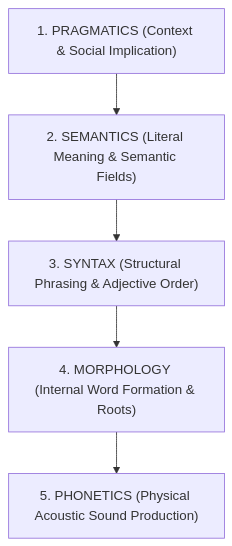
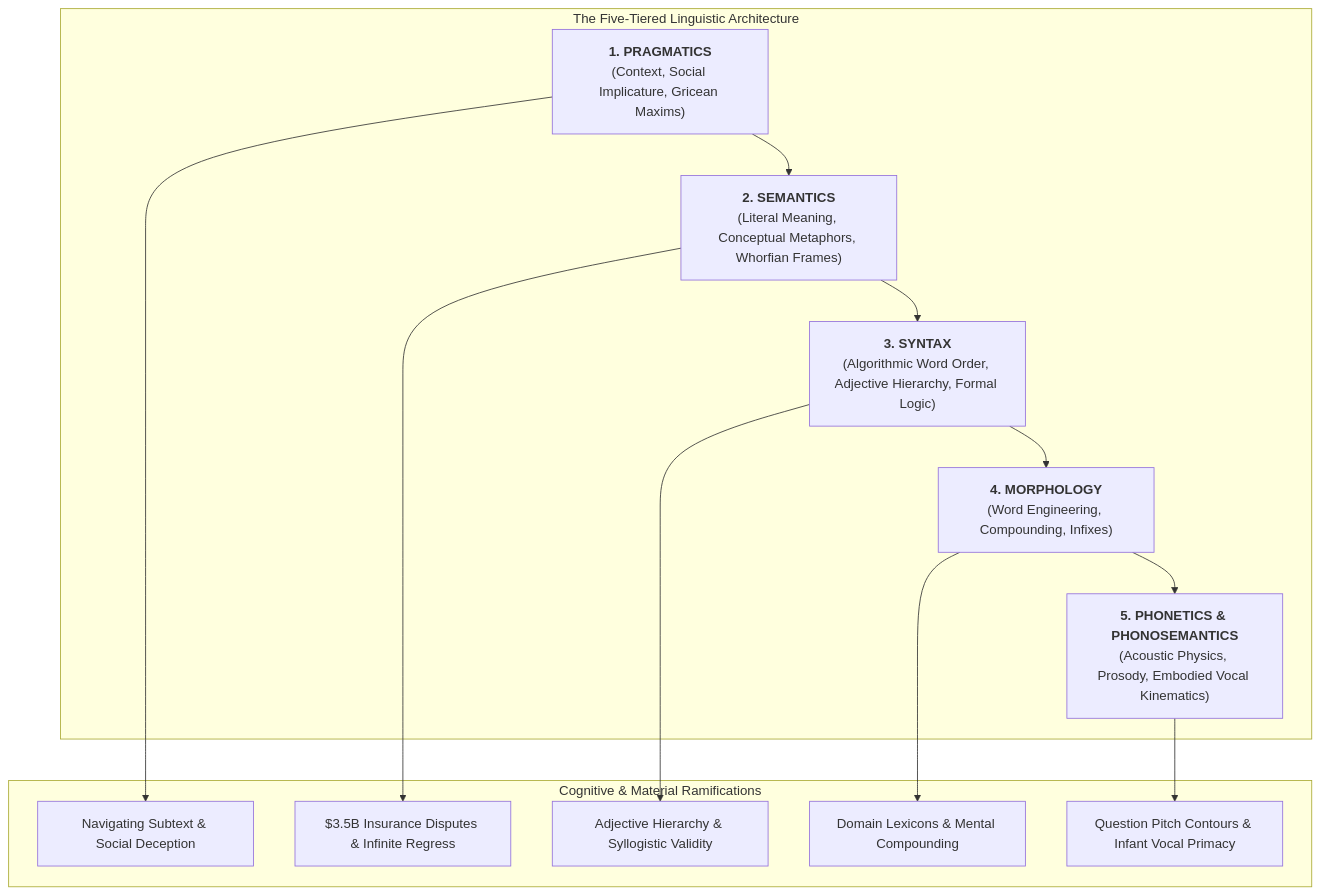
One commit to vs00918/ytdecoded changed the first of 6 diagrams in src/content/topics/the-five-layers-of-linguistic-architecture.md. Above: the diagram before and after it, drawn with Mermaid. The commit also changed other lines of this file, not shown here.

Commit message:
feat(linguistics): enrich linguistic architecture with phonosemantics, Aymara time inversion & semantic ambiguity

````diff
--- a/src/content/topics/the-five-layers-of-linguistic-architecture.md
+++ b/src/content/topics/the-five-layers-of-linguistic-architecture.md
@@ -68,8 +100,18 @@
 ```mermaid
-graph TD
-    L1["1. PRAGMATICS (Context & Social Implication)"]
-    --> L2["2. SEMANTICS (Literal Meaning & Semantic Fields)"]
-    --> L3["3. SYNTAX (Structural Phrasing & Adjective Order)"]
-    --> L4["4. MORPHOLOGY (Internal Word Formation & Roots)"]
-    --> L5["5. PHONETICS (Physical Acoustic Sound Production)"]
+flowchart TD
+    subgraph TheLinguisticStack["The Five-Tiered Linguistic Architecture"]
+        L1["<b>1. PRAGMATICS</b><br>(Context, Social Implicature, Gricean Maxims)"]
+        --> L2["<b>2. SEMANTICS</b><br>(Literal Meaning, Conceptual Metaphors, Whorfian Frames)"]
+        --> L3["<b>3. SYNTAX</b><br>(Algorithmic Word Order, Adjective Hierarchy, Formal Logic)"]
+        --> L4["<b>4. MORPHOLOGY</b><br>(Word Engineering, Compounding, Infixes)"]
+        --> L5["<b>5. PHONETICS & PHONOSEMANTICS</b><br>(Acoustic Physics, Prosody, Embodied Vocal Kinematics)"]
+    end
+
+    subgraph DeepCognitiveImplications["Cognitive & Material Ramifications"]
+        L1 --> R1["Navigating Subtext & Social Deception"]
+        L2 --> R2["$3.5B Insurance Disputes & Infinite Regress"]
+        L3 --> R3["Adjective Hierarchy & Syllogistic Validity"]
+        L4 --> R4["Domain Lexicons & Mental Compounding"]
+        L5 --> R5["Question Pitch Contours & Infant Vocal Primacy"]
+    end
 ```
````
